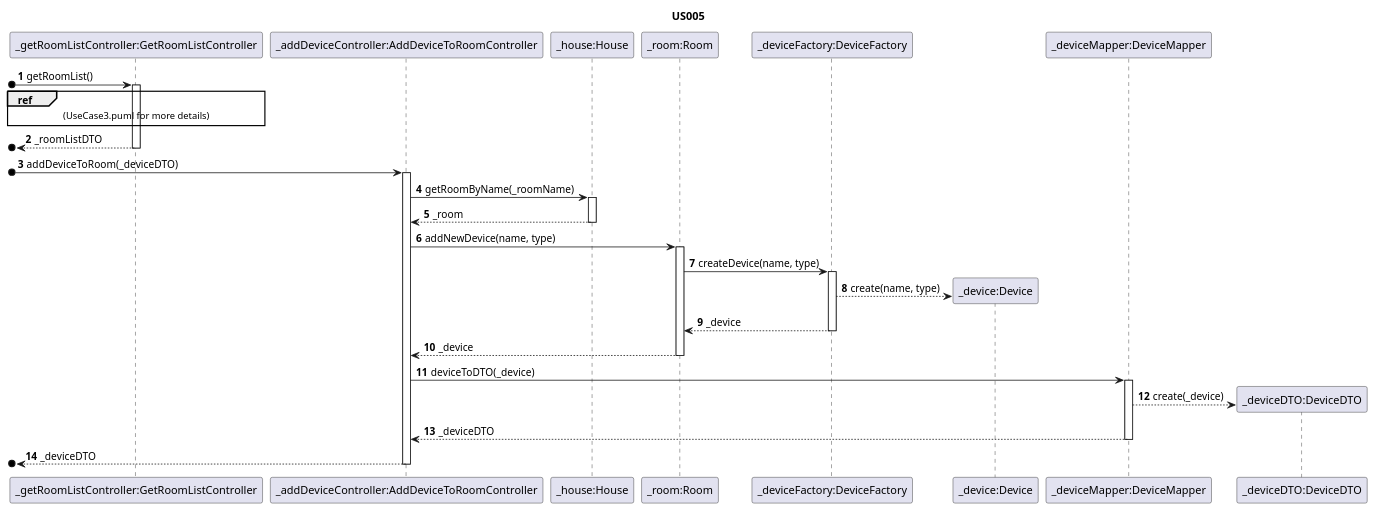
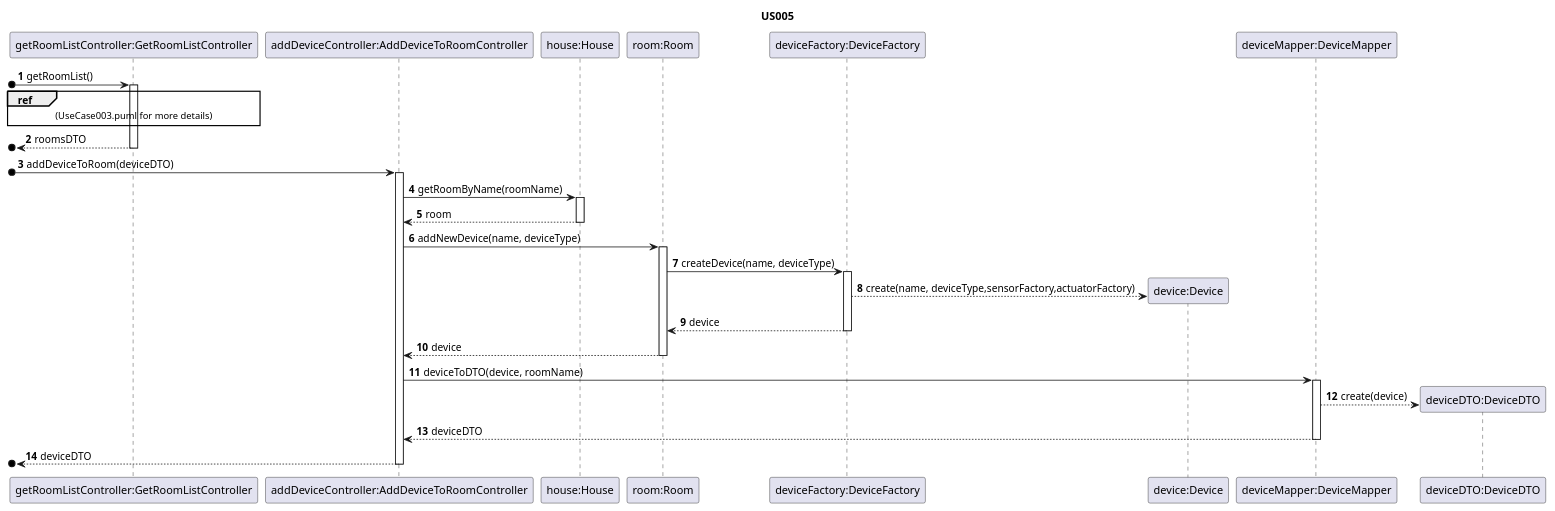
One commit to ozepedrorodrigues/projetoIntermedio changed the diagram in projetoIntermedio/docs/sequence/UserStory005.puml. Above: the diagram before and after it, drawn with PlantUML. The commit also changed 18 other files, not shown here.

```diff
--- a/projetoIntermedio/docs/sequence/UserStory005.puml
+++ b/projetoIntermedio/docs/sequence/UserStory005.puml
@@ -1,50 +1,50 @@
 @startuml
 
 autonumber
 
 title US005
 
 /'
 As a Power User [or Administrator], I want to add a new device to a room, in order to configure it.
 '/
 
-participant "_getRoomListController:GetRoomListController" as G
-participant "_addDeviceController:AddDeviceToRoomController" as A
-participant "_house:House" as H
-participant "_room:Room" as R
-participant "_deviceFactory:DeviceFactory" as F
-participant "_device:Device" as D
-participant "_deviceMapper:DeviceMapper" as M
-participant "_deviceDTO:DeviceDTO" as DTO
+participant "getRoomListController:GetRoomListController" as G
+participant "addDeviceController:AddDeviceToRoomController" as A
+participant "house:House" as H
+participant "room:Room" as R
+participant "deviceFactory:DeviceFactory" as F
+participant "device:Device" as D
+participant "deviceMapper:DeviceMapper" as M
+participant "deviceDTO:DeviceDTO" as DTO
 
 [o->G : getRoomList()
 activate G
-ref over G : (UseCase3.puml for more details)
-[o<--G : _roomListDTO
+ref over G : (UseCase003.puml for more details)
+[o<--G : roomsDTO
 deactivate G
-[o->A : addDeviceToRoom(_deviceDTO)
+[o->A : addDeviceToRoom(deviceDTO)
 activate A
-A->H : getRoomByName(_roomName)
+A->H : getRoomByName(roomName)
 activate H
-H-->A : _room
+H-->A : room
 deactivate H
-A->R : addNewDevice(name, type)
+A->R : addNewDevice(name, deviceType)
 activate R
-R->F : createDevice(name, type)
+R->F : createDevice(name, deviceType)
 activate F
-F-->D** : create(name, type)
-F-->R : _device
+F-->D** : create(name, deviceType,sensorFactory,actuatorFactory)
+F-->R : device
 deactivate F
-R-->A : _device
+R-->A : device
 deactivate R
-A->M : deviceToDTO(_device)
+A->M : deviceToDTO(device, roomName)
 activate M
-M-->DTO** : create(_device)
-M-->A : _deviceDTO
+M-->DTO** : create(device)
+M-->A : deviceDTO
 deactivate M
-[o<--A : _deviceDTO
+[o<--A : deviceDTO
 deactivate A
 
 
 
 @enduml
```
